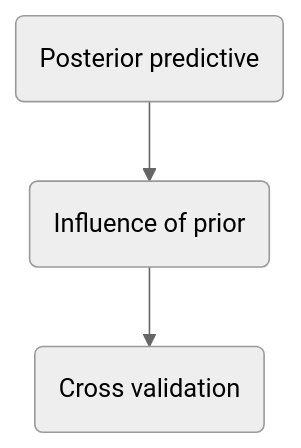
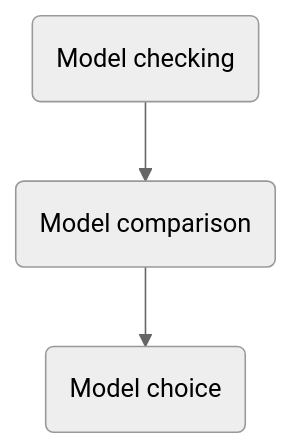
Diagram 15 of 17 in lectures/abm4.qmd (bonStats/mash-abm), drawn with Mermaid (neutral theme) before and after one commit. The commit also changed other lines of this file and 35 other files, not shown here.

````diff
--- a/lectures/abm4.qmd
+++ b/lectures/abm4.qmd
@@ -407,5 +420,5 @@
 ```{mermaid}
 flowchart TD
-  A(Posterior predictive) --> B(Influence of prior)
-  B --> C(Cross validation)
+  A(Model checking) --> B(Model comparison)
+  B --> C(Model choice)
 ```
````
